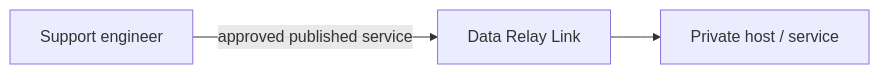
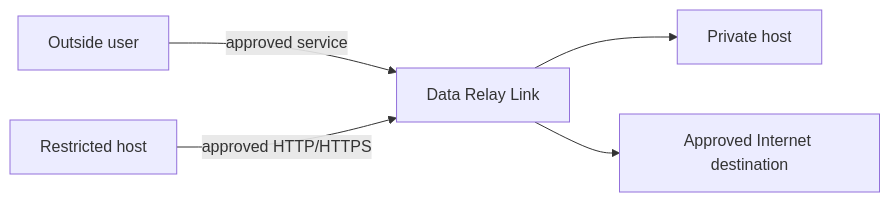
One commit to datarelay-labs/data-relay-docs changed the second of 3 diagrams in index.mdx. Above: the diagram before and after it, drawn with Mermaid. The commit also changed other lines of this file, not shown here.

Commit message:
docs: rebalance platform homepage around Link and Control

````diff
--- a/index.mdx
+++ b/index.mdx
@@ -57,5 +61,7 @@
 ```mermaid
 flowchart LR
-    U[Support engineer] -->|approved published service| L[Data Relay Link]
-    L --> H[Private host / service]
+    U[Outside user] -->|approved service| L[Data Relay Link]
+    L --> H[Private host]
+    R[Restricted host] -->|approved HTTP/HTTPS| L
+    L --> I[Approved Internet destination]
 ```
````
